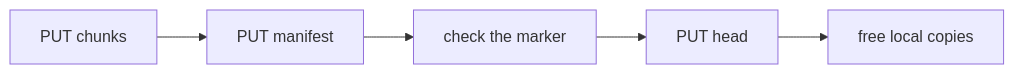
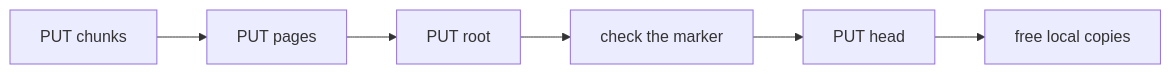
Before and after one commit to tanmoysrt/mica: the second of 4 diagrams in docs/reliability.md, drawn with Mermaid. The commit also changed other lines of this file and 38 other files, not shown here.

````diff
--- a/docs/reliability.md
+++ b/docs/reliability.md
@@ -45,4 +55,4 @@
 ```mermaid
 flowchart LR
-    a["PUT chunks"] --> b["PUT manifest"] --> c["check the marker"] --> d["PUT head"] --> e["free local copies"]
+    a["PUT chunks"] --> p["PUT pages"] --> b["PUT root"] --> c["check the marker"] --> d["PUT head"] --> e["free local copies"]
 ```
````
